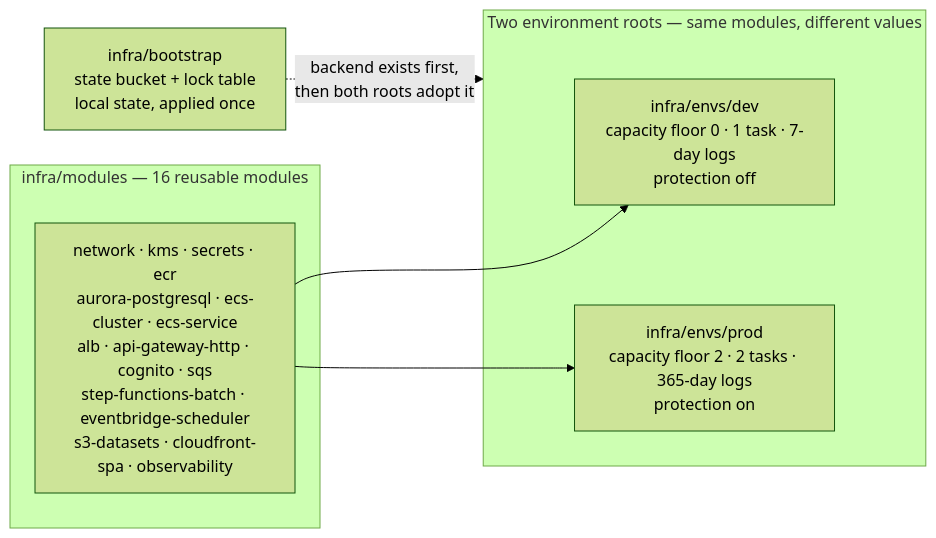
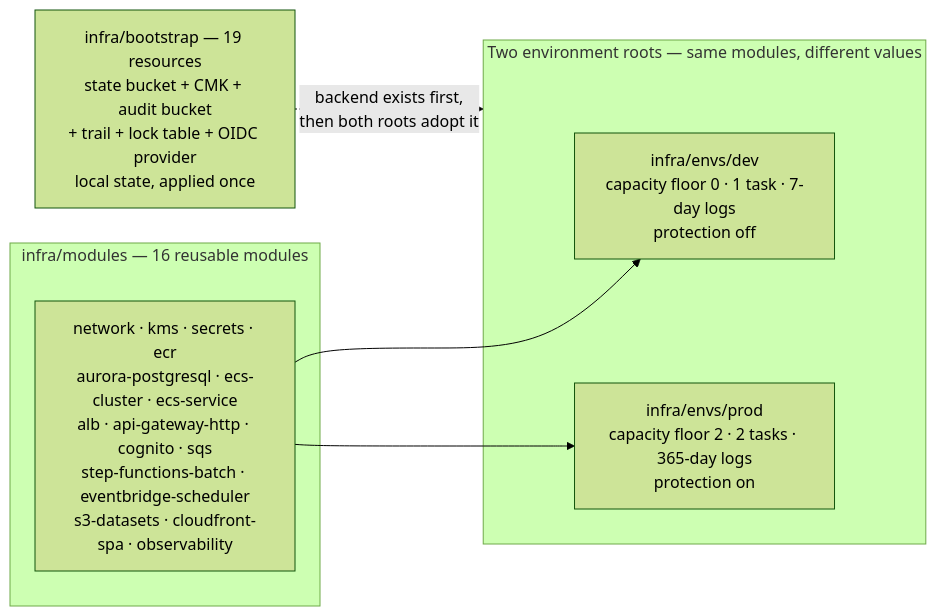
One commit to Blitzy-LocalStack/aws-mainframe-modernization-carddemo changed the diagram in docs/adr/ADR-009-iac-tool.md. Above: the diagram before and after it, drawn with Mermaid (forest theme). The commit also changed other lines of this file and 533 other files, not shown here.

````diff
--- a/docs/adr/ADR-009-iac-tool.md
+++ b/docs/adr/ADR-009-iac-tool.md
@@ -139,19 +139,19 @@
 ```mermaid
 graph LR
-    BOOT["infra/bootstrap<br/>state bucket + lock table<br/>local state, applied once"]
+    BOOT["infra/bootstrap — 19 resources<br/>state bucket + CMK + audit bucket<br/>+ trail + lock table + OIDC provider<br/>local state, applied once"]
 
     subgraph MOD["infra/modules — 16 reusable modules"]
         M["network · kms · secrets · ecr<br/>aurora-postgresql · ecs-cluster · ecs-service<br/>alb · api-gateway-http · cognito · sqs<br/>step-functions-batch · eventbridge-scheduler<br/>s3-datasets · cloudfront-spa · observability"]
     end
 
     subgraph ENV["Two environment roots — same modules, different values"]
         DEV["infra/envs/dev<br/>capacity floor 0 · 1 task · 7-day logs<br/>protection off"]
         PRD["infra/envs/prod<br/>capacity floor 2 · 2 tasks · 365-day logs<br/>protection on"]
     end
 
     BOOT -.->|"backend exists first,<br/>then both roots adopt it"| ENV
     M --> DEV
     M --> PRD
 %% The module list is abbreviated to keep the diagram legible; infra/README.md holds
 %% the per-module inventory and this record deliberately does not duplicate it.
 ```
````
